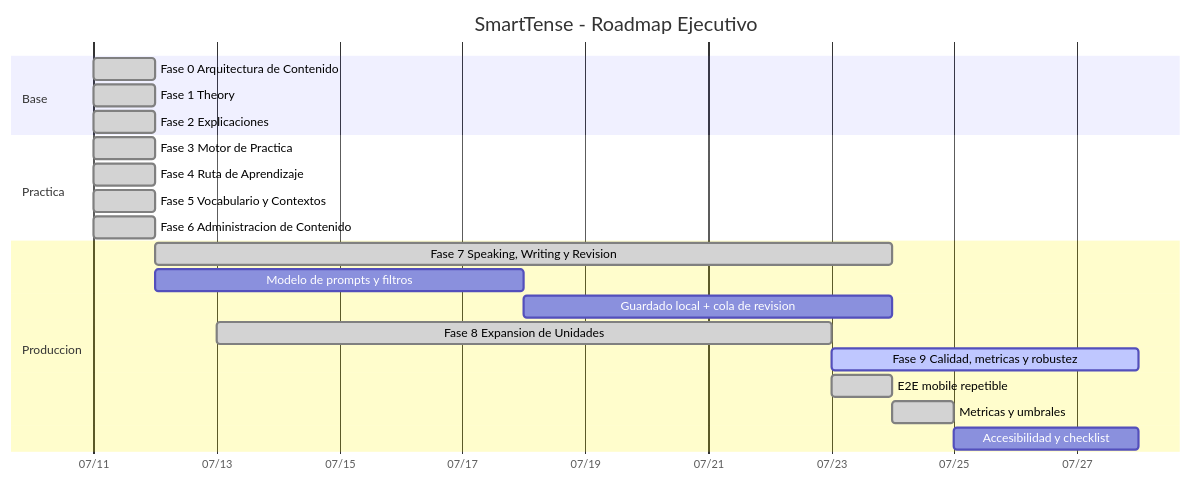
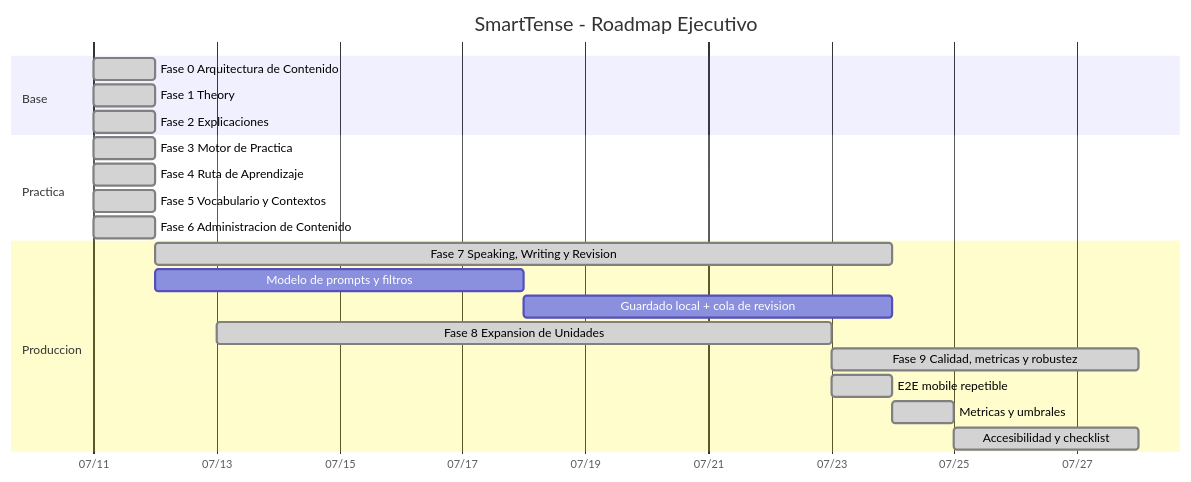
Before and after one commit to dafermen/SmartTense: the diagram in docs/DEVELOPMENT_PHASE_EXECUTION_PLAN.md, drawn with Mermaid. The commit also changed other lines of this file and 10 other files, not shown here.

````diff
--- a/docs/DEVELOPMENT_PHASE_EXECUTION_PLAN.md
+++ b/docs/DEVELOPMENT_PHASE_EXECUTION_PLAN.md
@@ -177,27 +177,27 @@
 ```mermaid
 gantt
     title SmartTense - Roadmap Ejecutivo
     dateFormat  YYYY-MM-DD
     axisFormat  %m/%d
 
     section Base
     Fase 0 Arquitectura de Contenido           :done, done0, 2026-07-11, 1d
     Fase 1 Theory                              :done, done1, 2026-07-11, 1d
     Fase 2 Explicaciones                       :done, done2, 2026-07-11, 1d
 
     section Practica
     Fase 3 Motor de Practica                    :done, done3, 2026-07-11, 1d
     Fase 4 Ruta de Aprendizaje                  :done, done4, 2026-07-11, 1d
     Fase 5 Vocabulario y Contextos              :done, done5, 2026-07-11, 1d
     Fase 6 Administracion de Contenido          :done, done6, 2026-07-11, 1d
 
     section Produccion
     Fase 7 Speaking, Writing y Revision         :done, p7, 2026-07-12, 12d
     Modelo de prompts y filtros                   :p7a, 2026-07-12, 6d
     Guardado local + cola de revision             :p7b, after p7a, 6d
     Fase 8 Expansion de Unidades                 :done, p8, 2026-07-13, 10d
-    Fase 9 Calidad, metricas y robustez          :active, p9, after p8, 5d
+    Fase 9 Calidad, metricas y robustez          :done, p9, after p8, 5d
     E2E mobile repetible                          :done, p9a, after p8, 1d
     Metricas y umbrales                           :done, p9b, after p9a, 1d
-    Accesibilidad y checklist                     :p9c, after p9b, 3d
+    Accesibilidad y checklist                     :done, p9c, after p9b, 3d
 ```
````
